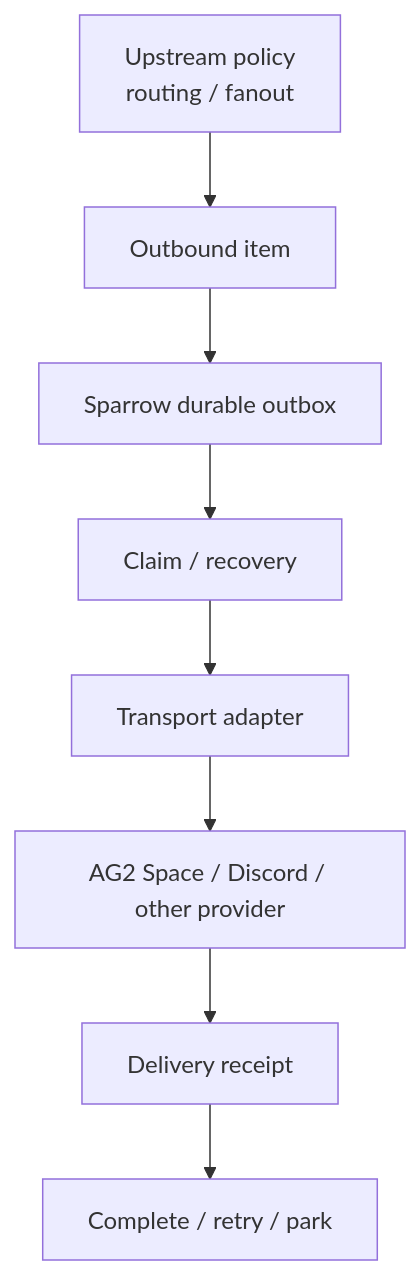
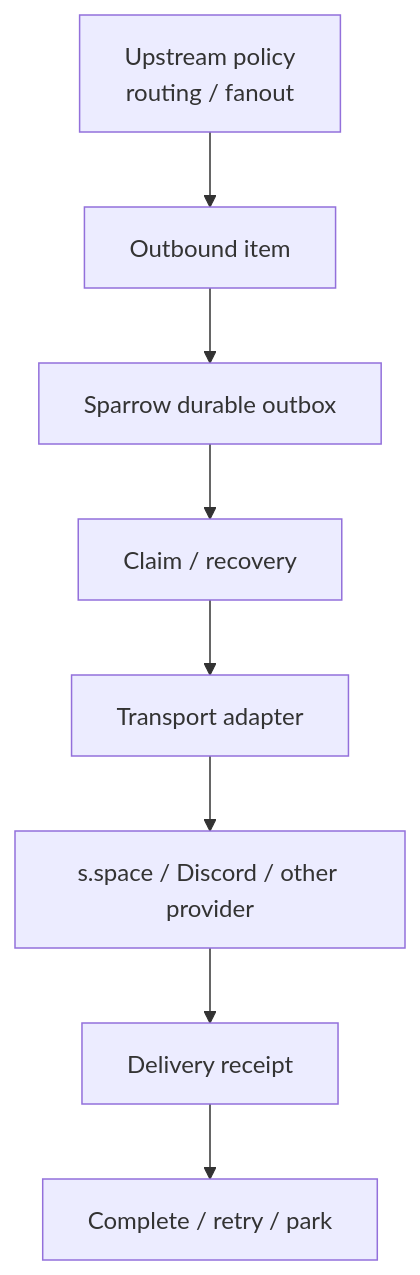
The diagram in packages/ag2-sparrow/README.md (sonichi/sutando), drawn with Mermaid before and after one commit. The commit also changed other lines of this file and 37 other files, not shown here.

````diff
--- a/packages/ag2-sparrow/README.md
+++ b/packages/ag2-sparrow/README.md
@@ -43,10 +43,10 @@
 ```mermaid
 flowchart TD
     U["Upstream policy<br/>routing / fanout"] --> I["Outbound item"]
     I --> O["Sparrow durable outbox"]
     O --> C["Claim / recovery"]
     C --> A["Transport adapter"]
-    A --> P["AG2 Space / Discord / other provider"]
+    A --> P["s.space / Discord / other provider"]
     P --> R["Delivery receipt"]
     R --> D["Complete / retry / park"]
 ```
````
